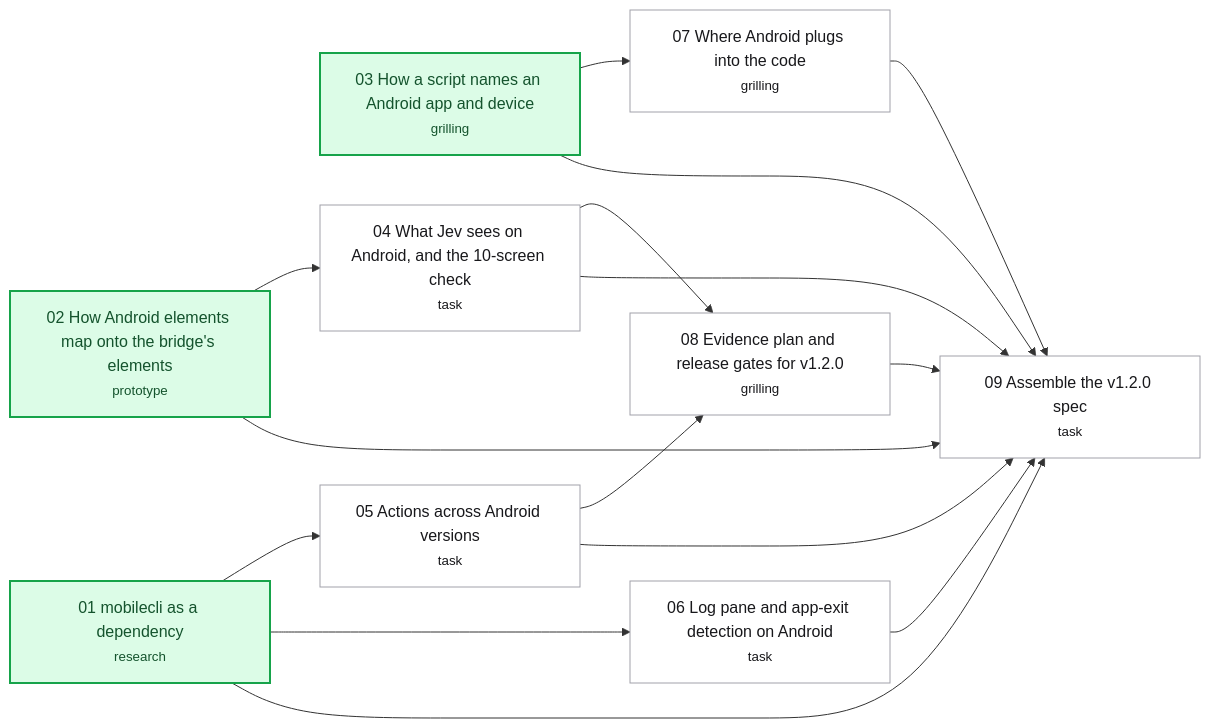
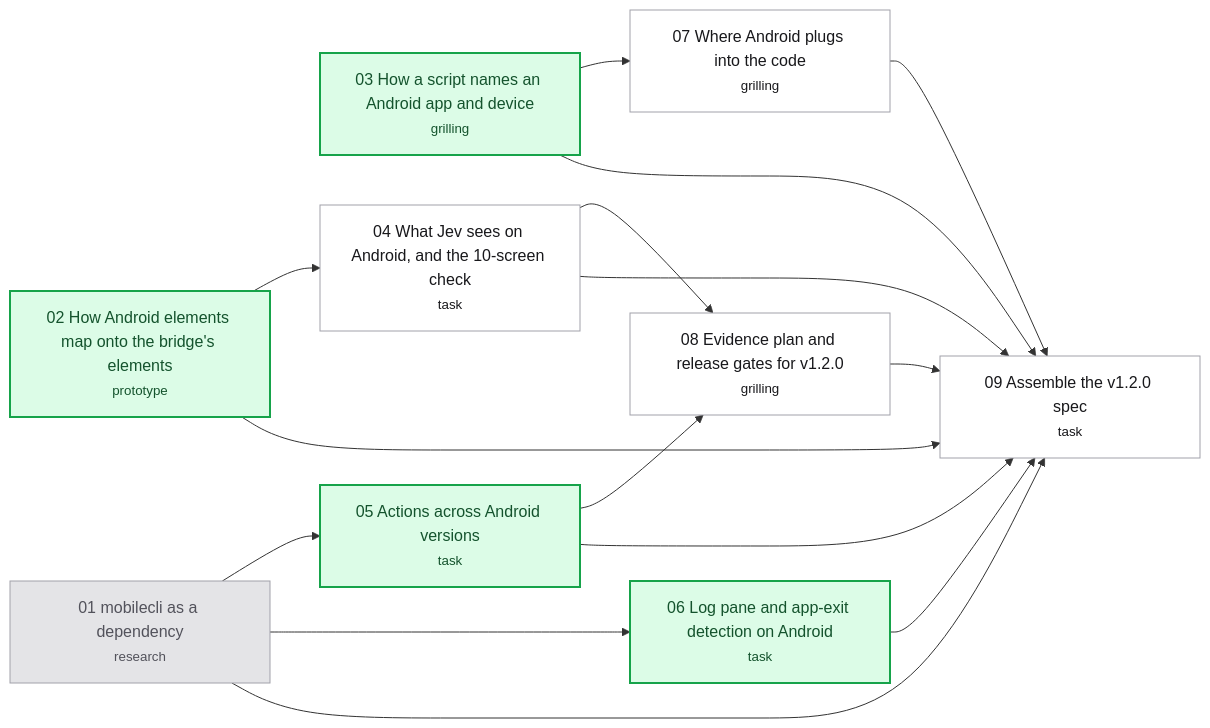
The diagram in .scratch/android-support/map.md (hugues-vnsgn/jev-ios-bridge), drawn with Mermaid before and after one commit. The commit also changed other lines of this file and 1 other file, not shown here.

Commit message:
wayfinder: resolve "mobilecli as a dependency"

````diff
--- a/.scratch/android-support/map.md
+++ b/.scratch/android-support/map.md
@@ -39,32 +41,33 @@
 ```mermaid
 flowchart LR
     T01["01 mobilecli as a dependency<br/><small>research</small>"]
     T02["02 How Android elements map onto the bridge's elements<br/><small>prototype</small>"]
     T03["03 How a script names an Android app and device<br/><small>grilling</small>"]
     T04["04 What Jev sees on Android, and the 10-screen check<br/><small>task</small>"]
     T05["05 Actions across Android versions<br/><small>task</small>"]
     T06["06 Log pane and app-exit detection on Android<br/><small>task</small>"]
     T07["07 Where Android plugs into the code<br/><small>grilling</small>"]
     T08["08 Evidence plan and release gates for v1.2.0<br/><small>grilling</small>"]
     T09["09 Assemble the v1.2.0 spec<br/><small>task</small>"]
     T02 --> T04
     T01 --> T05
     T01 --> T06
     T03 --> T07
     T04 --> T08
     T05 --> T08
     T01 --> T09
     T02 --> T09
     T03 --> T09
     T04 --> T09
     T05 --> T09
     T06 --> T09
     T07 --> T09
     T08 --> T09
     classDef resolved fill:#e4e4e7,stroke:#a1a1aa,color:#52525b
     classDef claimed fill:#dbeafe,stroke:#2563eb,color:#1e3a8a
     classDef frontier fill:#dcfce7,stroke:#16a34a,color:#14532d,stroke-width:2px
     classDef blocked fill:#ffffff,stroke:#a1a1aa,color:#18181b
-    class T01,T02,T03 frontier
-    class T04,T05,T06,T07,T08,T09 blocked
+    class T01 resolved
+    class T02,T03,T05,T06 frontier
+    class T04,T07,T08,T09 blocked
 ```
````
